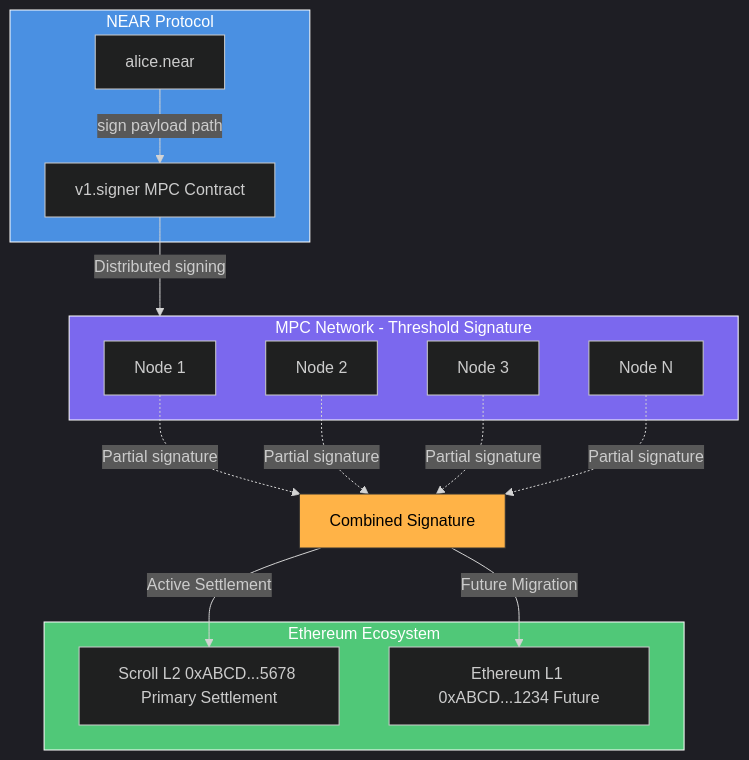
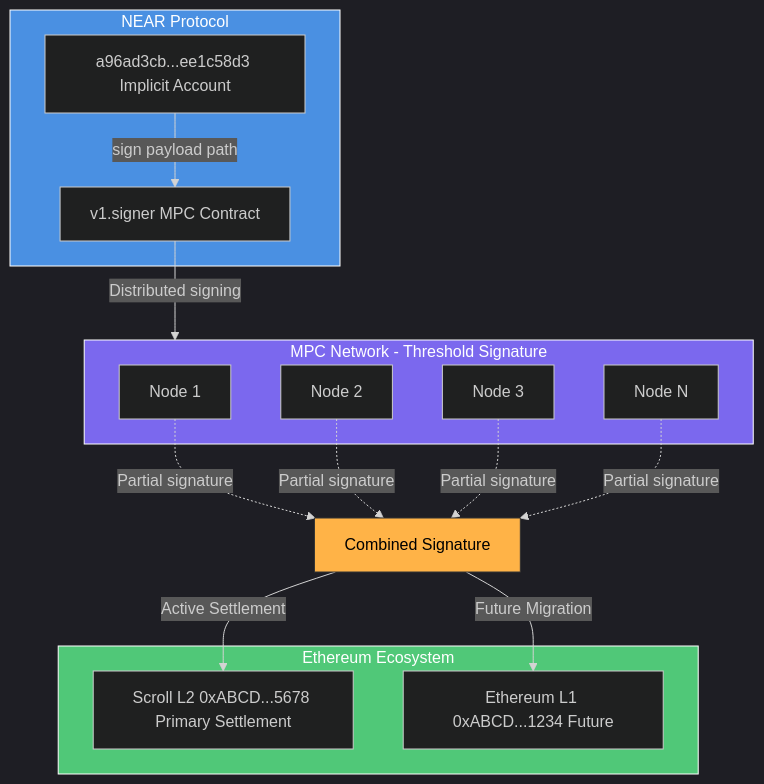
The third of 9 diagrams in ARCHITECTURE.md (communisaas/voter-protocol), drawn with Mermaid before and after one commit. The commit also changed other lines of this file and 37 other files, not shown here.

First line of the commit message:
docs: comprehensive Phase 1 architecture alignment and hybrid GKR+SNARK ZK proof system

````diff
--- a/ARCHITECTURE.md
+++ b/ARCHITECTURE.md
@@ -266,35 +376,35 @@
 ```mermaid
 %%{init: {'theme':'dark', 'themeVariables': { 'primaryTextColor':'#fff'}}}%%
 flowchart TB
     subgraph NEAR["NEAR Protocol"]
-        Account[alice.near]
+        Account[a96ad3cb...ee1c58d3 Implicit Account]
         Signer[v1.signer MPC Contract]
     end
 
     subgraph MPC["MPC Network - Threshold Signature"]
         Node1[Node 1]
         Node2[Node 2]
         Node3[Node 3]
         NodeN[Node N]
     end
 
     subgraph Ethereum["Ethereum Ecosystem"]
         Scroll[Scroll L2 0xABCD...5678 Primary Settlement]
         ETH[Ethereum L1 0xABCD...1234 Future]
     end
 
     Account -->|sign payload path| Signer
     Signer -->|Distributed signing| MPC
     Node1 -.Partial signature.-> Combine[Combined Signature]
     Node2 -.Partial signature.-> Combine
     Node3 -.Partial signature.-> Combine
     NodeN -.Partial signature.-> Combine
 
     Combine -->|Active Settlement| Scroll
     Combine -->|Future Migration| ETH
 
     style NEAR fill:#4A90E2,stroke:#fff,color:#fff
     style MPC fill:#7B68EE,stroke:#fff,color:#fff
     style Ethereum fill:#50C878,stroke:#fff,color:#fff
     style Combine fill:#FFB347,stroke:#333,color:#000
 ```
````
